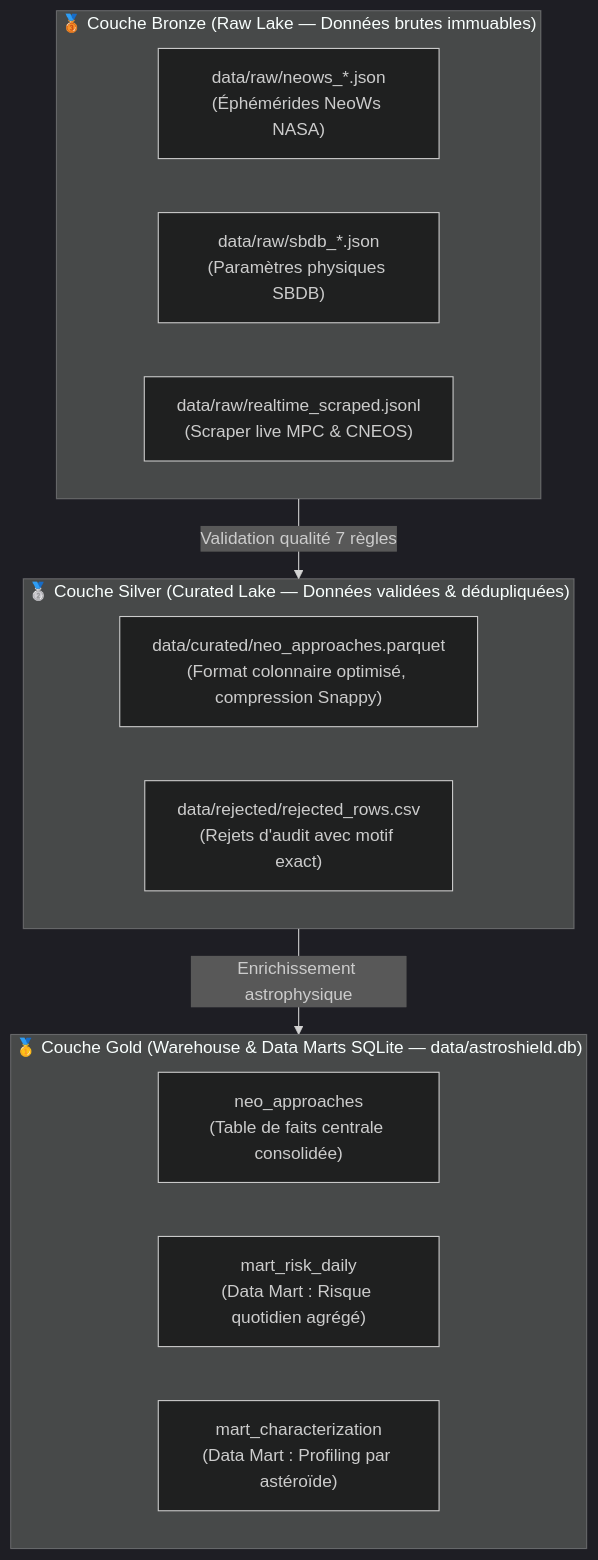
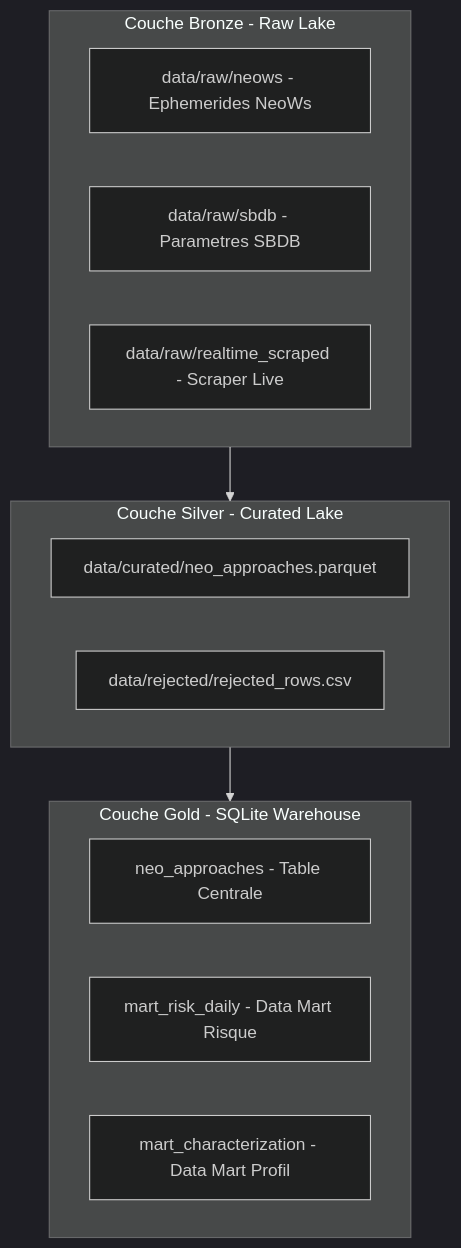
Before and after one commit to kratos45/AstroShield: the first of 2 diagrams in README.md, drawn with Mermaid (dark theme). The commit also changed other lines of this file, not shown here.

Commit message:
fix(docs): resolve GitHub Mermaid diagram rendering syntax errors in README

````diff
--- a/README.md
+++ b/README.md
@@ -113,22 +113,22 @@
 ```mermaid
-graph TD
-    subgraph Bronze["🥉 Couche Bronze (Raw Lake — Données brutes immuables)"]
-        R1["data/raw/neows_*.json<br/>(Éphémérides NeoWs NASA)"]
-        R2["data/raw/sbdb_*.json<br/>(Paramètres physiques SBDB)"]
-        R3["data/raw/realtime_scraped.jsonl<br/>(Scraper live MPC & CNEOS)"]
+flowchart TD
+    subgraph Bronze [Couche Bronze - Raw Lake]
+        R1[data/raw/neows - Ephemerides NeoWs]
+        R2[data/raw/sbdb - Parametres SBDB]
+        R3[data/raw/realtime_scraped - Scraper Live]
     end
 
-    subgraph Silver["🥈 Couche Silver (Curated Lake — Données validées & dédupliquées)"]
-        S1["data/curated/neo_approaches.parquet<br/>(Format colonnaire optimisé, compression Snappy)"]
-        S2["data/rejected/rejected_rows.csv<br/>(Rejets d'audit avec motif exact)"]
+    subgraph Silver [Couche Silver - Curated Lake]
+        S1[data/curated/neo_approaches.parquet]
+        S2[data/rejected/rejected_rows.csv]
     end
 
-    subgraph Gold["🥇 Couche Gold (Warehouse & Data Marts SQLite — data/astroshield.db)"]
-        G1["neo_approaches<br/>(Table de faits centrale consolidée)"]
-        G2["mart_risk_daily<br/>(Data Mart : Risque quotidien agrégé)"]
-        G3["mart_characterization<br/>(Data Mart : Profiling par astéroïde)"]
+    subgraph Gold [Couche Gold - SQLite Warehouse]
+        G1[neo_approaches - Table Centrale]
+        G2[mart_risk_daily - Data Mart Risque]
+        G3[mart_characterization - Data Mart Profil]
     end
 
-    Bronze -->|Validation qualité 7 règles| Silver
-    Silver -->|Enrichissement astrophysique| Gold
+    Bronze --> Silver
+    Silver --> Gold
 ```
````
